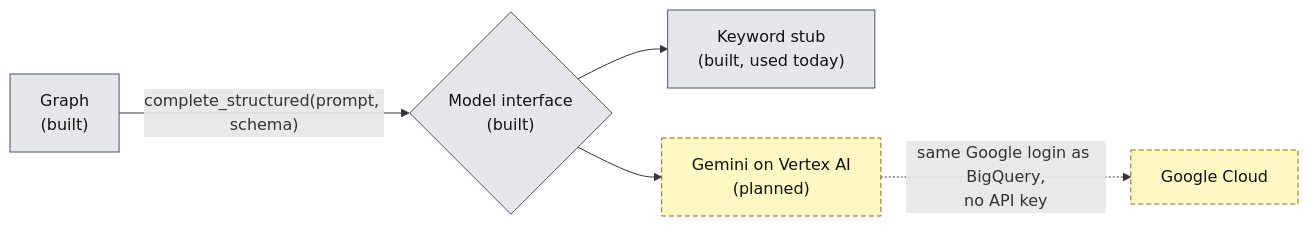
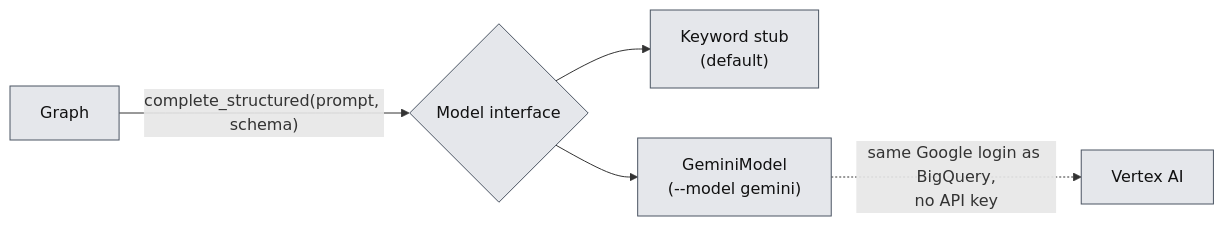
Before and after one commit to sandeepkesarkar/bq-query-agent: the third of 3 diagrams in README.md, drawn with Mermaid. The commit also changed other lines of this file and 16 other files, not shown here.

Commit message:
Add the Gemini adapter, catalog plan schema and prompt hardening

````diff
--- a/README.md
+++ b/README.md
@@ -167,12 +169,10 @@
 ```mermaid
 flowchart LR
-    G["Graph<br/>(built)"] -->|"complete_structured(prompt, schema)"| I{"Model interface<br/>(built)"}
-    I --> K["Keyword stub<br/>(built, used today)"]
-    I --> V["Gemini on Vertex AI<br/>(planned)"]
-    V -.->|"same Google login as BigQuery,<br/>no API key"| GC["Google Cloud"]
+    G["Graph"] -->|"complete_structured(prompt, schema)"| I{"Model interface"}
+    I --> K["Keyword stub<br/>(default)"]
+    I --> V["GeminiModel<br/>(--model gemini)"]
+    V -.->|"same Google login as BigQuery,<br/>no API key"| GC["Vertex AI"]
 
     classDef built fill:#e5e7eb,stroke:#4b5563,color:#111111
-    classDef planned fill:#fef9c3,stroke:#a16207,color:#111111,stroke-dasharray: 5 3
-    class G,I,K built
-    class V,GC planned
+    class G,I,K,V,GC built
 ```
````
